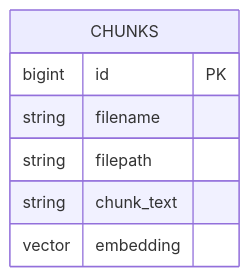
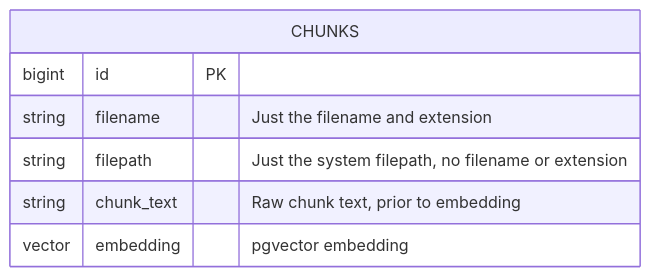
Before and after one commit to svalenziano/yara: the fourth of 4 diagrams in README.md, drawn with Mermaid. The commit also changed other lines of this file and 2 other files, not shown here.

````diff
--- a/README.md
+++ b/README.md
@@ -35,13 +100,12 @@
 ```mermaid
     erDiagram
         CHUNKS {
             bigint id PK
-            string filename
-            string filepath
-            string chunk_text
-            vector embedding
-
+            string filename "Just the filename and extension"
+            string filepath "Just the system filepath, no filename or extension"
+            string chunk_text "Raw chunk text, prior to embedding"
+            vector embedding "pgvector embedding"
         }
 
 
 ```
````
